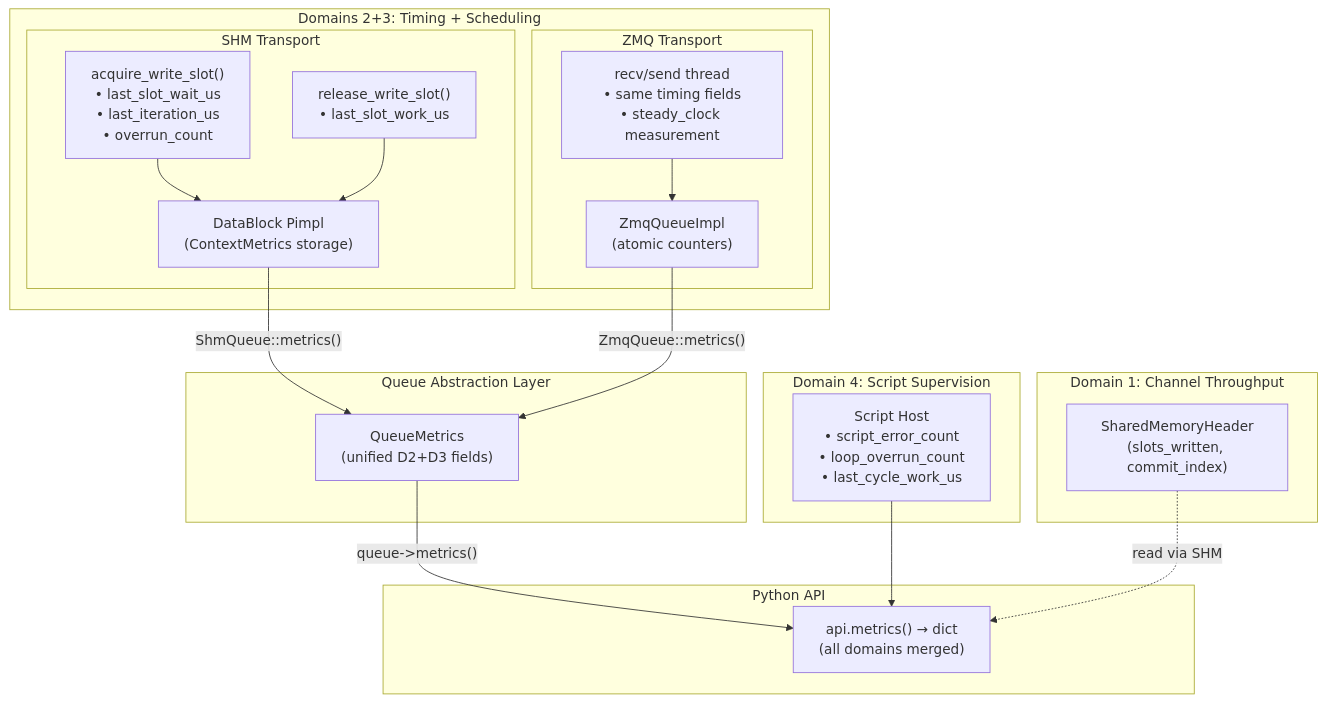
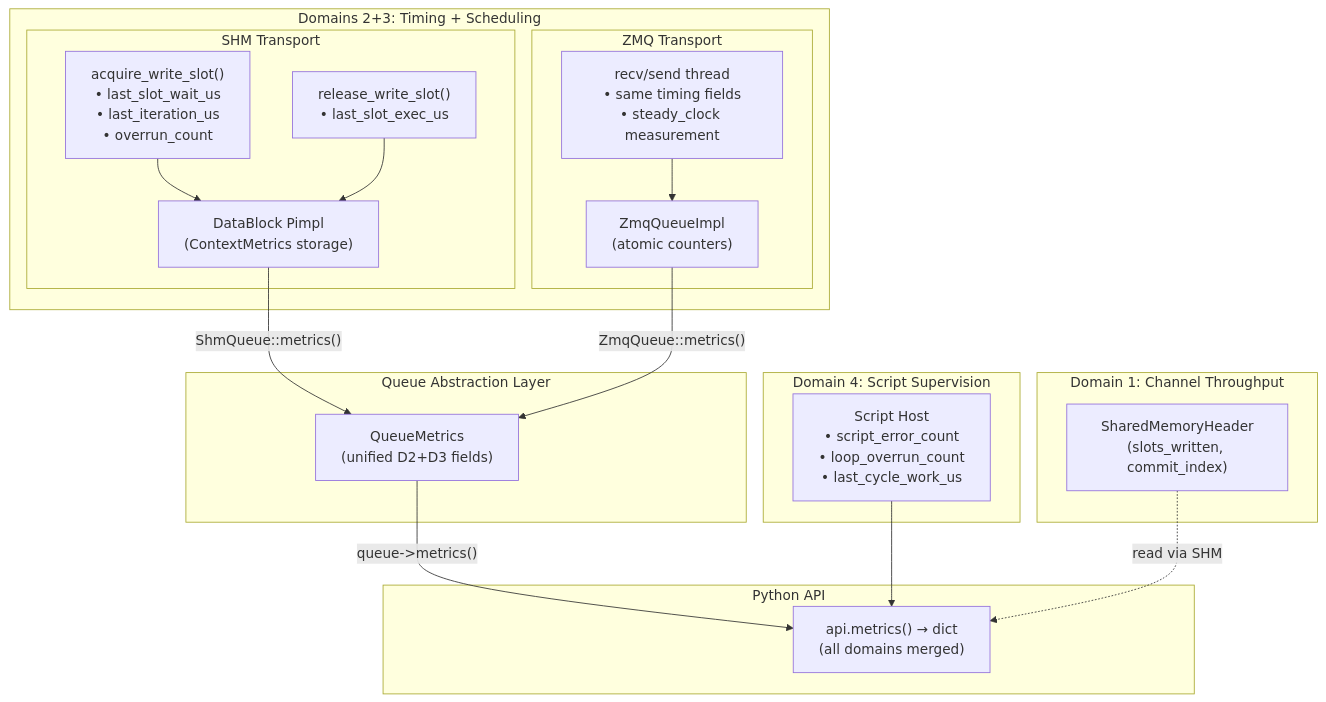
The diagram in docs/HEP/HEP-CORE-0008-LoopPolicy-and-IterationMetrics.md (Qing-LAB/pylabhub), drawn with Mermaid before and after one commit. The commit also changed other lines of this file and 15 other files, not shown here.

First line of the commit message:
refactor: rename last_slot_work_us → last_slot_exec_us + fix ZmqQueue timing

````diff
--- a/docs/HEP/HEP-CORE-0008-LoopPolicy-and-IterationMetrics.md
+++ b/docs/HEP/HEP-CORE-0008-LoopPolicy-and-IterationMetrics.md
@@ -491,39 +491,39 @@
 ```mermaid
 flowchart TB
     subgraph D1["Domain 1: Channel Throughput"]
         SHM["SharedMemoryHeader\n(slots_written, commit_index)"]
     end
 
     subgraph D2D3["Domains 2+3: Timing + Scheduling"]
         subgraph ShmPath["SHM Transport"]
             Acquire["acquire_write_slot()\n• last_slot_wait_us\n• last_iteration_us\n• overrun_count"]
-            Release["release_write_slot()\n• last_slot_work_us"]
+            Release["release_write_slot()\n• last_slot_exec_us"]
             Pimpl["DataBlock Pimpl\n(ContextMetrics storage)"]
         end
         subgraph ZmqPath["ZMQ Transport"]
             ZmqThread["recv/send thread\n• same timing fields\n• steady_clock measurement"]
             ZmqImpl["ZmqQueueImpl\n(atomic counters)"]
         end
     end
 
     subgraph QueueLayer["Queue Abstraction Layer"]
         QM["QueueMetrics\n(unified D2+D3 fields)"]
     end
 
     subgraph D4["Domain 4: Script Supervision"]
         ScriptHost["Script Host\n• script_error_count\n• loop_overrun_count\n• last_cycle_work_us"]
     end
 
     subgraph API["Python API"]
         MetricsDict["api.metrics() → dict\n(all domains merged)"]
     end
 
     Acquire --> Pimpl
     Release --> Pimpl
     Pimpl -->|"ShmQueue::metrics()"| QM
     ZmqThread --> ZmqImpl
     ZmqImpl -->|"ZmqQueue::metrics()"| QM
     QM -->|"queue->metrics()"| MetricsDict
     ScriptHost --> MetricsDict
     SHM -.->|"read via SHM"| MetricsDict
 ```
````
